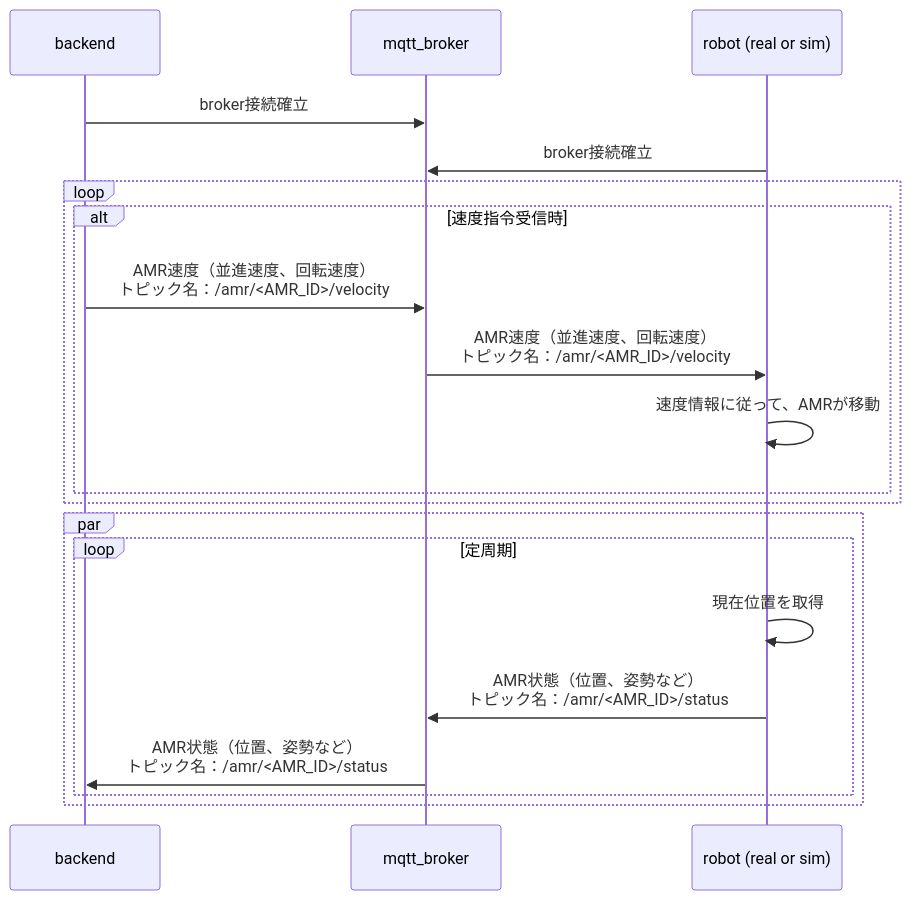
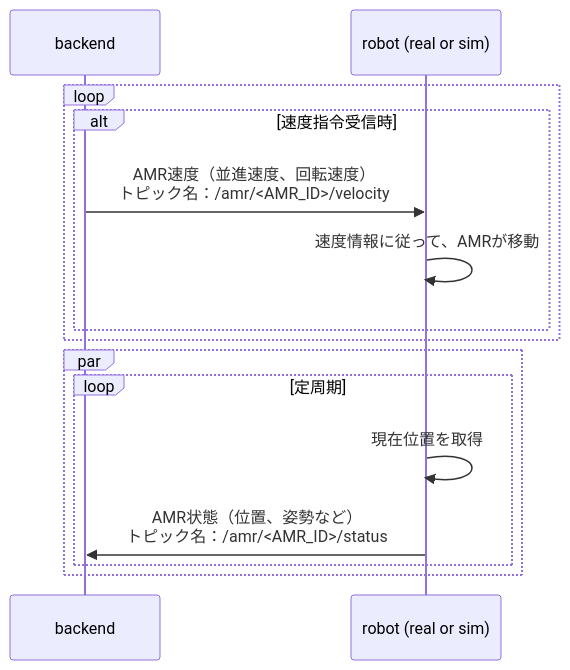
One commit to akinami3/robot-ml-web-app changed the first of 10 diagrams in README.md. Above: the diagram before and after it, drawn with Mermaid. The commit also changed other lines of this file, not shown here.

````diff
--- a/README.md
+++ b/README.md
@@ -10,24 +14,19 @@
 ```mermaid
 sequenceDiagram
   participant backend
-  participant mqtt_broker
   participant robot as robot (real or sim)
 
-  backend ->> mqtt_broker: broker接続確立
-  robot ->> mqtt_broker: broker接続確立
   loop
     alt　速度指令受信時
-      backend ->> mqtt_broker: AMR速度（並進速度、回転速度）<br>トピック名：/amr/<AMR_ID>/velocity
-      mqtt_broker ->> robot: AMR速度（並進速度、回転速度）<br>トピック名：/amr/<AMR_ID>/velocity
+      backend ->> robot: AMR速度（並進速度、回転速度）<br>トピック名：/amr/<AMR_ID>/velocity
       robot ->> robot: 速度情報に従って、AMRが移動
     end
   end
 
   par
     loop 定周期
       robot ->> robot: 現在位置を取得
-      robot ->> mqtt_broker: AMR状態（位置、姿勢など）<br>トピック名：/amr/<AMR_ID>/status
-      mqtt_broker ->> backend: AMR状態（位置、姿勢など）<br>トピック名：/amr/<AMR_ID>/status
+      robot ->> backend: AMR状態（位置、姿勢など）<br>トピック名：/amr/<AMR_ID>/status
     end
   end
 ```
````
